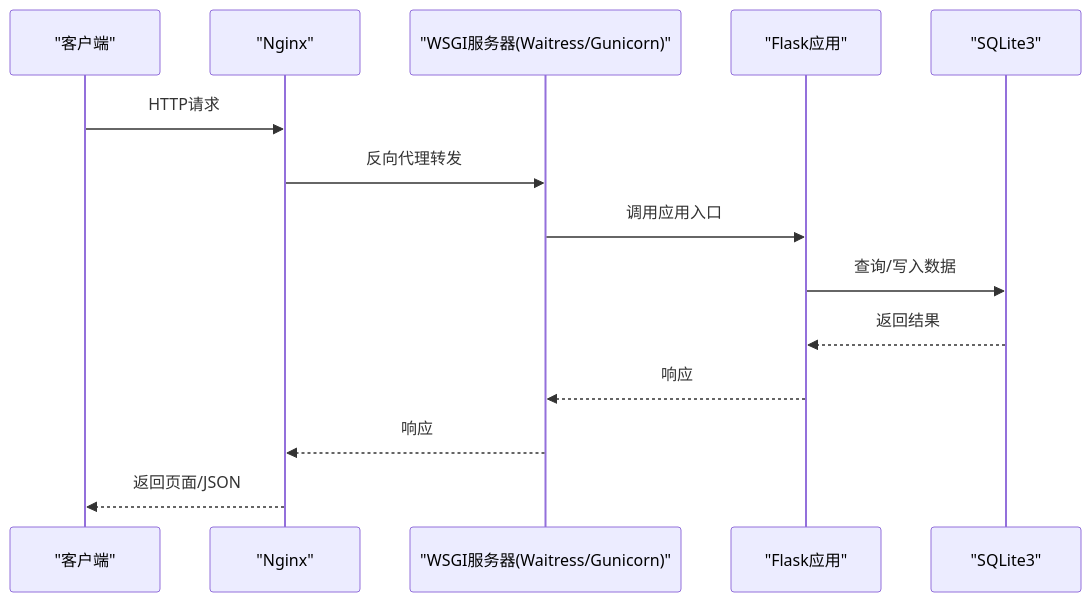
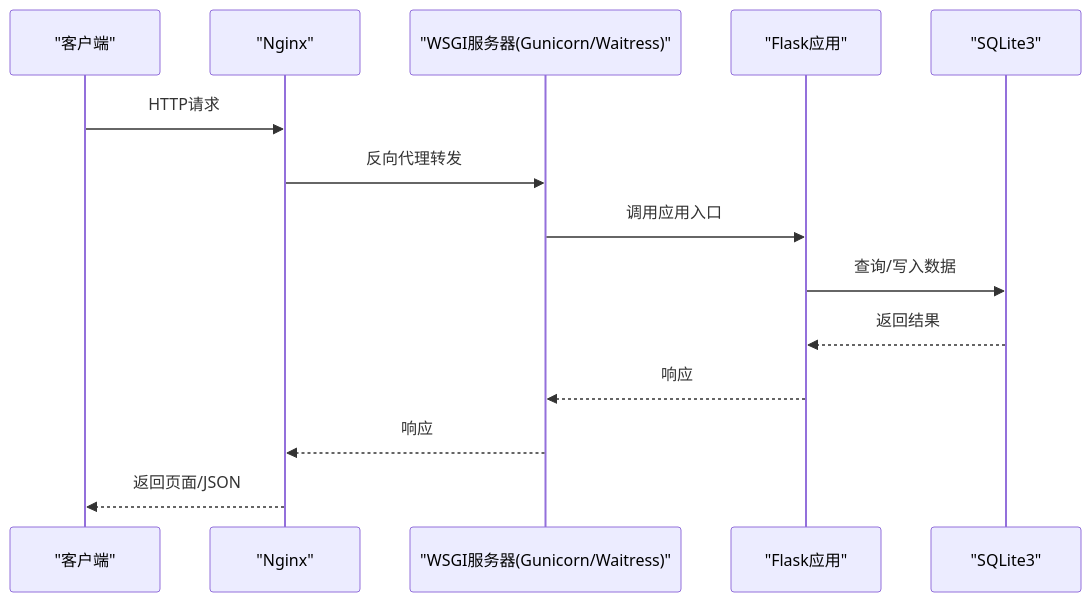
The third of 7 diagrams in .qoder/repowiki/zh/content/部署配置/Flask应用部署.md (wyg5208/website_diy), drawn with Mermaid before and after one commit. The commit also changed other lines of this file and 17 other files, not shown here.

````diff
--- a/.qoder/repowiki/zh/content/部署配置/Flask应用部署.md
+++ b/.qoder/repowiki/zh/content/部署配置/Flask应用部署.md
@@ -89,16 +119,16 @@
 ```mermaid
 sequenceDiagram
 participant Client as "客户端"
 participant Nginx as "Nginx"
-participant WSGI as "WSGI服务器(Waitress/Gunicorn)"
+participant WSGI as "WSGI服务器(Gunicorn/Waitress)"
 participant App as "Flask应用"
 participant DB as "SQLite3"
 Client->>Nginx : HTTP请求
 Nginx->>WSGI : 反向代理转发
 WSGI->>App : 调用应用入口
 App->>DB : 查询/写入数据
 DB-->>App : 返回结果
 App-->>WSGI : 响应
 WSGI-->>Nginx : 响应
 Nginx-->>Client : 返回页面/JSON
 ```
````
